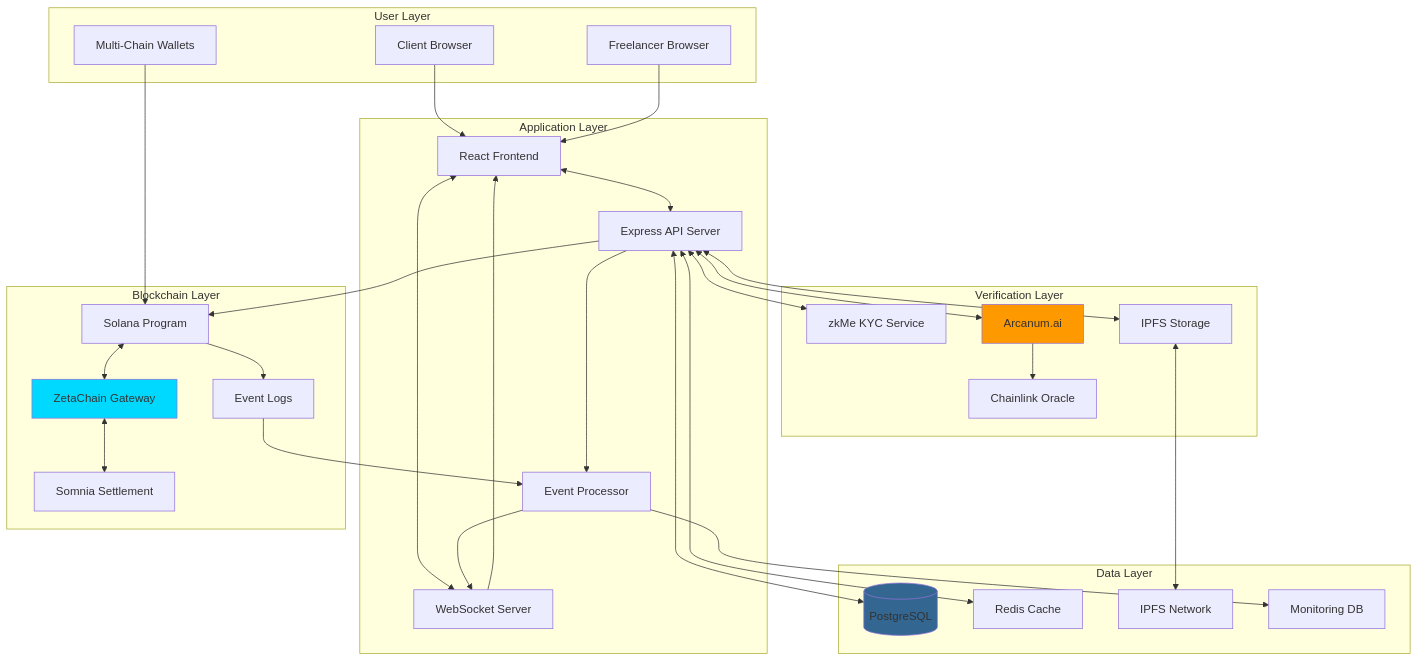
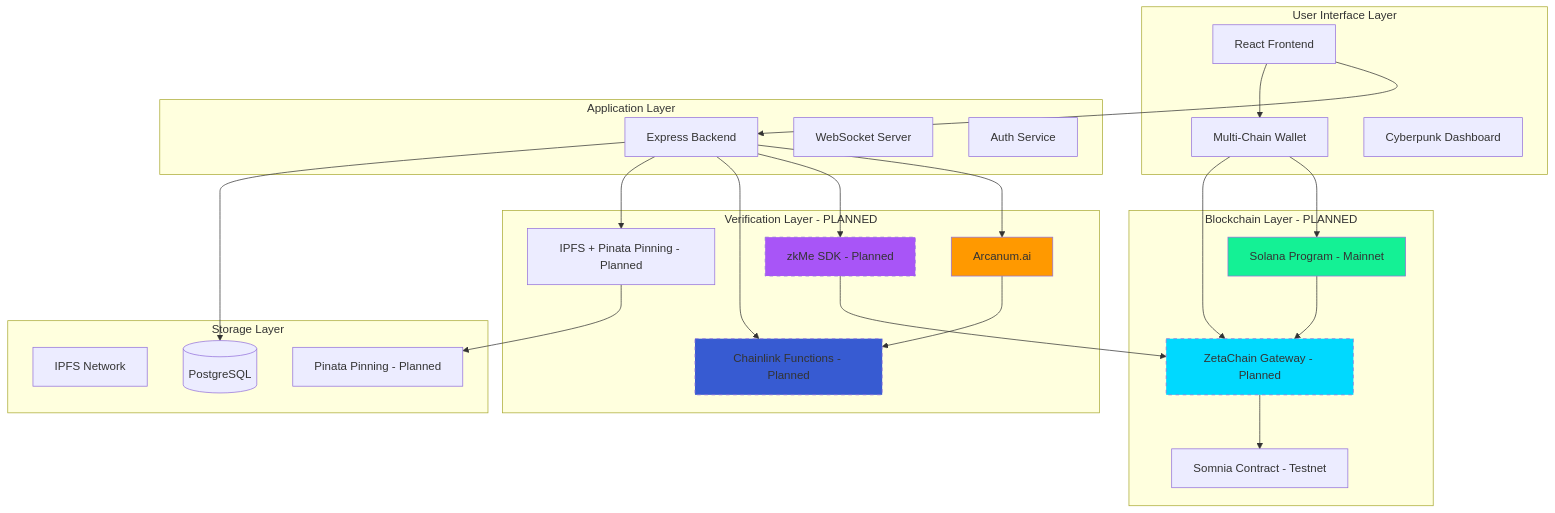
Before and after one commit to De-real-iManuel/aetherlock-docs: the fifth of 14 diagrams in technical-architecture.mdx, drawn with Mermaid. The commit also changed other lines of this file and 144 other files, not shown here.

````diff
--- a/technical-architecture.mdx
+++ b/technical-architecture.mdx
@@ -1266,67 +690,57 @@
 ```mermaid
-flowchart TD
-    subgraph "User Layer"
-        U1[Client Browser]
-        U2[Freelancer Browser]
-        U3[Multi-Chain Wallets]
+graph TB
+    subgraph "User Interface Layer"
+        UI[React Frontend]
+        Wallet[Multi-Chain Wallet]
+        Dashboard[Cyberpunk Dashboard]
     end
     
     subgraph "Application Layer"
-        A1[React Frontend]
-        A2[Express API Server]
-        A3[WebSocket Server]
-        A4[Event Processor]
+        API[Express Backend]
+        WS[WebSocket Server]
+        Auth[Auth Service]
     end
     
-    subgraph "Verification Layer"
-        V1[zkMe KYC Service]
-        V2[Arcanum.ai]
-        V3[Chainlink Oracle]
-        V4[IPFS Storage]
+    subgraph "Verification Layer - PLANNED"
+        AI[Arcanum.ai]
+        KYC[zkMe SDK - Planned]
+        Oracle[Chainlink Functions - Planned]
+        IPFS_FULL[IPFS + Pinata Pinning - Planned]
     end
     
-    subgraph "Blockchain Layer"
-        B1[Solana Program]
-        B2[ZetaChain Gateway]
-        B3[Somnia Settlement]
-        B4[Event Logs]
+    subgraph "Blockchain Layer - PLANNED"
+        Solana[Solana Program - Mainnet]
+        Zeta[ZetaChain Gateway - Planned]
+        Somnia[Somnia Contract - Testnet]
     end
     
-    subgraph "Data Layer"
-        D1[(PostgreSQL)]
-        D2[Redis Cache]
-        D3[IPFS Network]
-        D4[Monitoring DB]
+    subgraph "Storage Layer"
+        IPFS[IPFS Network]
+        Pinata[Pinata Pinning - Planned]
+        DB[(PostgreSQL)]
     end
     
-    U1 --> A1
-    U2 --> A1
-    U3 --> B1
+    UI --> API
+    UI --> Wallet
+    Wallet --> Solana
+    Wallet --> Zeta
     
-    A1 <--> A2
-    A1 <--> A3
-    A2 --> A4
+    API --> AI
+    API --> KYC
+    API --> Oracle
+    API --> IPFS_FULL
+    API --> DB
     
-    A2 <--> V1
-    A2 <--> V2
-    A2 <--> V4
-    V2 --> V3
+    Solana --> Zeta
+    Zeta --> Somnia
     
-    A2 --> B1
-    B1 <--> B2
-    B2 <--> B3
-    B1 --> B4
+    AI --> Oracle
+    KYC --> Zeta
+    IPFS_FULL --> Pinata
     
-    A2 <--> D1
-    A2 <--> D2
-    V4 <--> D3
-    A4 --> D4
-    
-    B4 --> A4
-    A4 --> A3
-    A3 --> A1
-    
-    style V2 fill:#FF9900
-    style B2 fill:#00D9FF
-    style D1 fill:#336791
+    style AI fill:#FF9900
+    style KYC fill:#A855F7,stroke-dasharray: 5 5
+    style Solana fill:#14F195
+    style Zeta fill:#00D9FF,stroke-dasharray: 5 5
+    style Oracle fill:#375BD2,stroke-dasharray: 5 5
 ```
````
